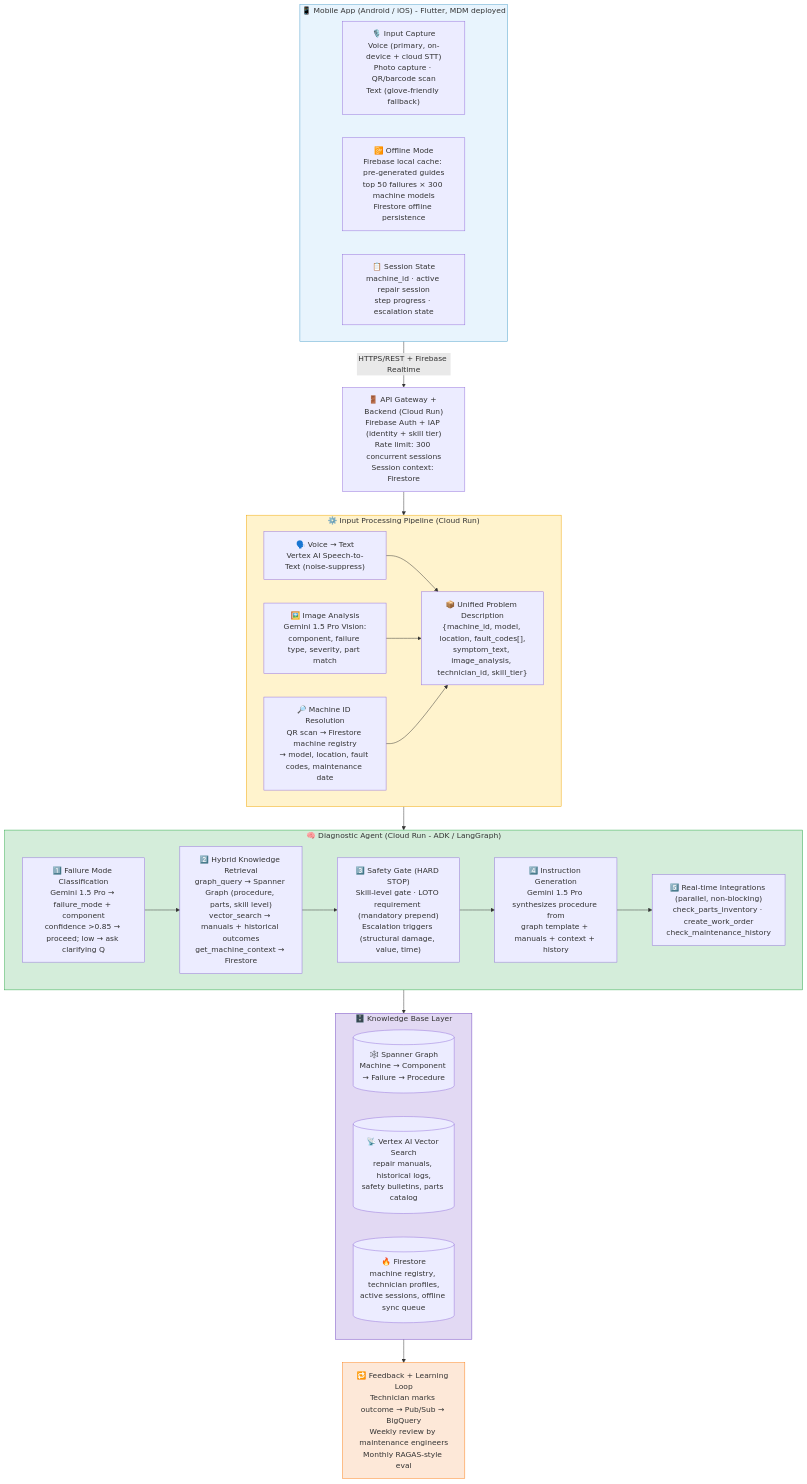
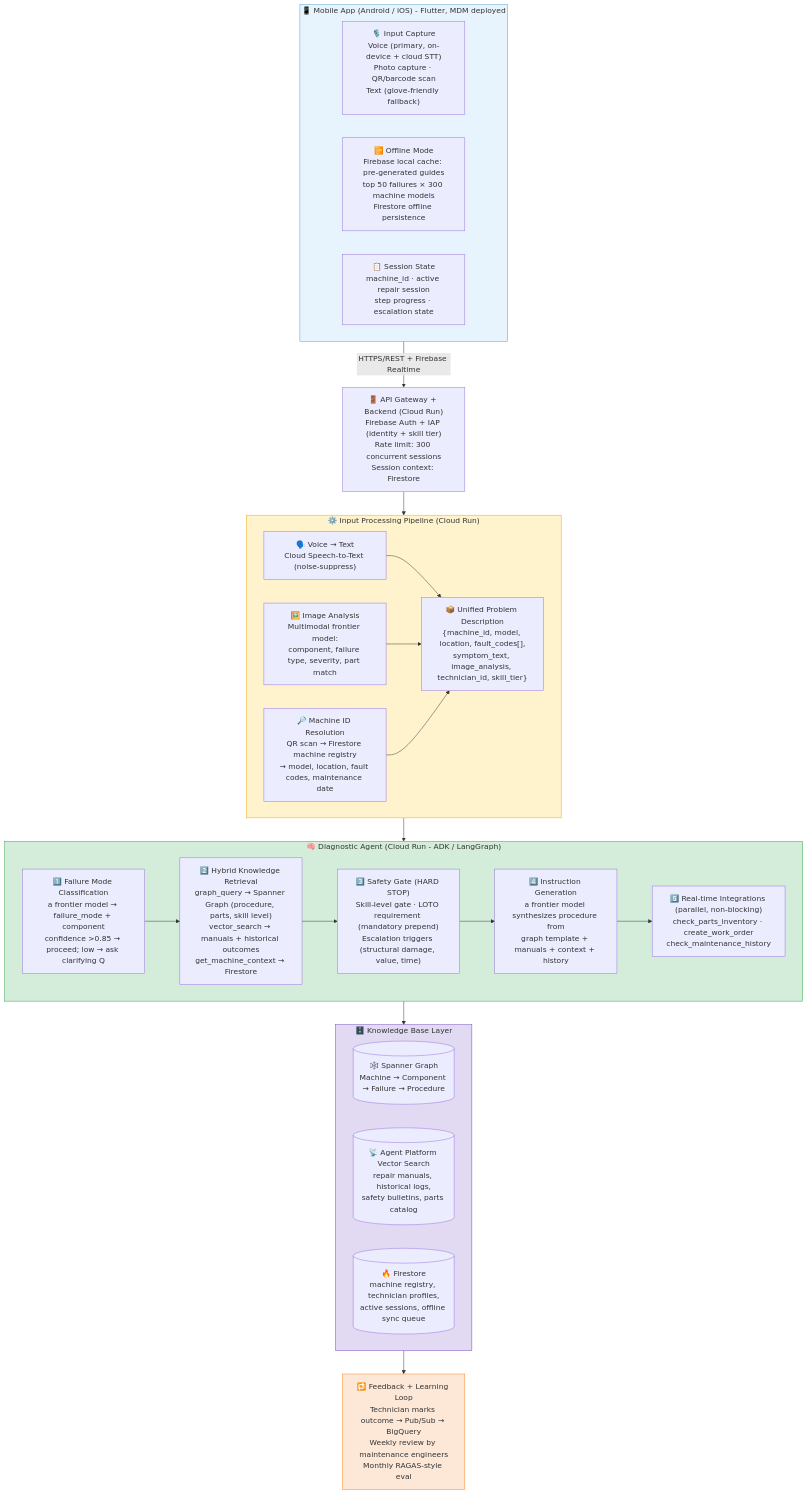
The first of 2 diagrams in src/content/16-Production-Agents/SystemDesigns/03-Smart-Diagnostic-Assistant-1.mdx (sundante/sun-course-genai), drawn with Mermaid before and after one commit. The commit also changed other lines of this file and 59 other files, not shown here.

````diff
--- a/src/content/16-Production-Agents/SystemDesigns/03-Smart-Diagnostic-Assistant-1.mdx
+++ b/src/content/16-Production-Agents/SystemDesigns/03-Smart-Diagnostic-Assistant-1.mdx
@@ -91,46 +91,46 @@
 ```mermaid
 flowchart TD
     subgraph APP["📱 Mobile App (Android / iOS) - Flutter, MDM deployed"]
         IC["🎙️ Input Capture<br/>Voice (primary, on-device + cloud STT)<br/>Photo capture · QR/barcode scan<br/>Text (glove-friendly fallback)"]
         OFF["📴 Offline Mode<br/>Firebase local cache: pre-generated guides<br/>top 50 failures × 300 machine models<br/>Firestore offline persistence"]
         SESS["📋 Session State<br/>machine_id · active repair session<br/>step progress · escalation state"]
     end
 
     APP -->|"HTTPS/REST + Firebase Realtime"| GW["🚪 API Gateway + Backend (Cloud Run)<br/>Firebase Auth + IAP (identity + skill tier)<br/>Rate limit: 300 concurrent sessions<br/>Session context: Firestore"]
 
     subgraph IPP["⚙️ Input Processing Pipeline (Cloud Run)"]
-        V2T["🗣️ Voice → Text<br/>Vertex AI Speech-to-Text (noise-suppress)"]
-        IMG["🖼️ Image Analysis<br/>Gemini 1.5 Pro Vision:<br/>component, failure type, severity, part match"]
+        V2T["🗣️ Voice → Text<br/>Cloud Speech-to-Text (noise-suppress)"]
+        IMG["🖼️ Image Analysis<br/>Multimodal frontier model:<br/>component, failure type, severity, part match"]
         MID["🔎 Machine ID Resolution<br/>QR scan → Firestore machine registry<br/>→ model, location, fault codes, maintenance date"]
         UPD["📦 Unified Problem Description<br/>{machine_id, model, location, fault_codes[],<br/>symptom_text, image_analysis, technician_id, skill_tier}"]
         V2T --> UPD
         IMG --> UPD
         MID --> UPD
     end
     GW --> IPP
 
     subgraph DA["🧠 Diagnostic Agent (Cloud Run - ADK / LangGraph)"]
-        S1["1️⃣ Failure Mode Classification<br/>Gemini 1.5 Pro → failure_mode + component<br/>confidence &gt;0.85 → proceed; low → ask clarifying Q"]
+        S1["1️⃣ Failure Mode Classification<br/>a frontier model → failure_mode + component<br/>confidence &gt;0.85 → proceed; low → ask clarifying Q"]
         S2["2️⃣ Hybrid Knowledge Retrieval<br/>graph_query → Spanner Graph (procedure, parts, skill level)<br/>vector_search → manuals + historical outcomes<br/>get_machine_context → Firestore"]
         S3["3️⃣ Safety Gate (HARD STOP)<br/>Skill-level gate · LOTO requirement (mandatory prepend)<br/>Escalation triggers (structural damage, value, time)"]
-        S4["4️⃣ Instruction Generation<br/>Gemini 1.5 Pro synthesizes procedure from<br/>graph template + manuals + context + history"]
+        S4["4️⃣ Instruction Generation<br/>a frontier model synthesizes procedure from<br/>graph template + manuals + context + history"]
         S5["5️⃣ Real-time Integrations (parallel, non-blocking)<br/>check_parts_inventory · create_work_order<br/>check_maintenance_history"]
         S1 --> S2 --> S3 --> S4 --> S5
     end
     IPP --> DA
 
     subgraph KB["🗄️ Knowledge Base Layer"]
         SG[("🕸️ Spanner Graph<br/>Machine → Component → Failure → Procedure")]
-        VS[("📡 Vertex AI Vector Search<br/>repair manuals, historical logs,<br/>safety bulletins, parts catalog")]
+        VS[("📡 Agent Platform Vector Search<br/>repair manuals, historical logs,<br/>safety bulletins, parts catalog")]
         FS[("🔥 Firestore<br/>machine registry, technician profiles,<br/>active sessions, offline sync queue")]
     end
     DA --> KB
 
     KB --> FL["🔁 Feedback + Learning Loop<br/>Technician marks outcome → Pub/Sub → BigQuery<br/>Weekly review by maintenance engineers<br/>Monthly RAGAS-style eval"]
 
     style APP fill:#e8f4fd,stroke:#4a9eca
     style IPP fill:#fff3cd,stroke:#f0a500
     style DA fill:#d4edda,stroke:#28a745
     style KB fill:#e2d9f3,stroke:#6f42c1
     style FL fill:#fde8d8,stroke:#fd7e14
 ```
````
